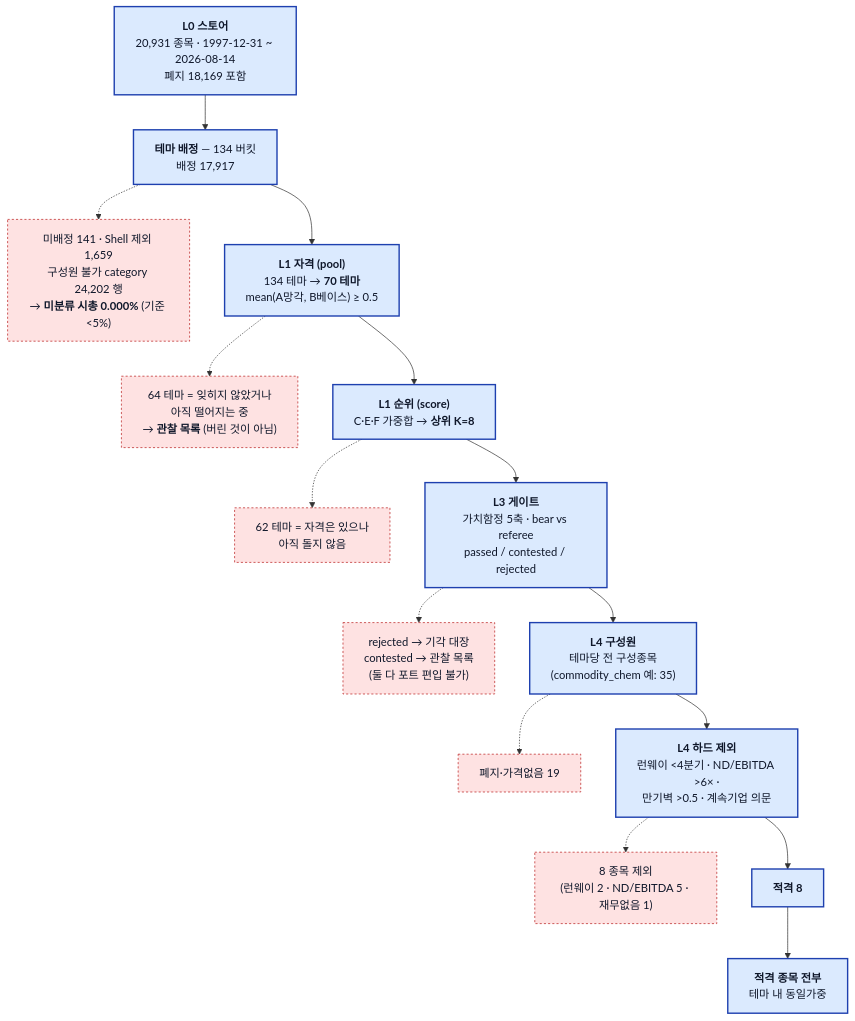
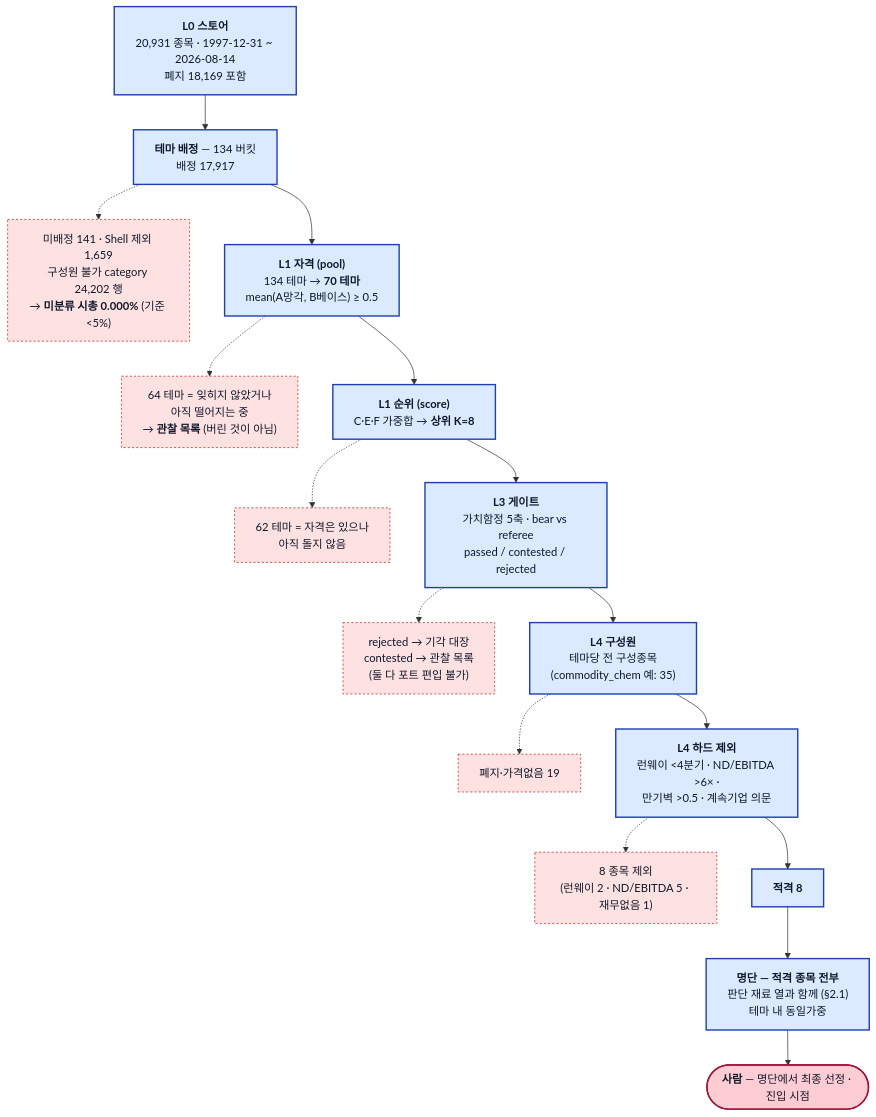
Before and after one commit to younghwan91/macro-sector-agent: the second of 4 diagrams in README.md, drawn with Mermaid. The commit also changed other lines of this file and 3 other files, not shown here.

````diff
--- a/README.md
+++ b/README.md
@@ -71,31 +111,34 @@
 ```mermaid
 flowchart TD
     A["<b>L0 스토어</b><br/>20,931 종목 · 1997-12-31 ~ 2026-08-14<br/>폐지 18,169 포함"]
     B["<b>테마 배정</b> — 134 버킷<br/>배정 17,917"]
     B1["미배정 141 · Shell 제외 1,659<br/>구성원 불가 category 24,202 행<br/>→ <b>미분류 시총 0.000%</b> (기준 &lt;5%)"]
     C["<b>L1 자격 (pool)</b><br/>134 테마 → <b>70 테마</b><br/>mean(A망각, B베이스) ≥ 0.5"]
     C1["64 테마 = 잊히지 않았거나<br/>아직 떨어지는 중<br/>→ <b>관찰 목록</b> (버린 것이 아님)"]
     D["<b>L1 순위 (score)</b><br/>C·E·F 가중합 → <b>상위 K=8</b>"]
     D1["62 테마 = 자격은 있으나<br/>아직 돌지 않음"]
     E["<b>L3 게이트</b><br/>가치함정 5축 · bear vs referee<br/>passed / contested / rejected"]
     E1["rejected → 기각 대장<br/>contested → 관찰 목록<br/>(둘 다 포트 편입 불가)"]
     F["<b>L4 구성원</b><br/>테마당 전 구성종목<br/>(commodity_chem 예: 35)"]
     F1["폐지·가격없음 19"]
     G["<b>L4 하드 제외</b><br/>런웨이 &lt;4분기 · ND/EBITDA &gt;6× ·<br/>만기벽 &gt;0.5 · 계속기업 의문"]
     G1["8 종목 제외<br/>(런웨이 2 · ND/EBITDA 5 · 재무없음 1)"]
     H["<b>적격 8</b>"]
-    I["<b>적격 종목 전부</b><br/>테마 내 동일가중"]
+    I["<b>명단 — 적격 종목 전부</b><br/>판단 재료 열과 함께 (§2.1)<br/>테마 내 동일가중"]
+    J(["<b>사람</b> — 명단에서 최종 선정 · 진입 시점"])
 
-    A --> B --> C --> D --> E --> F --> G --> H --> I
+    A --> B --> C --> D --> E --> F --> G --> H --> I --> J
     B -.-> B1
     C -.-> C1
     D -.-> D1
     E -.-> E1
     F -.-> F1
     G -.-> G1
 
     classDef keep fill:#dbeafe,stroke:#1e40af,stroke-width:2px,color:#0f172a
     classDef drop fill:#fee2e2,stroke:#b91c1c,stroke-dasharray:3 3,color:#0f172a
+    classDef human fill:#fecdd3,stroke:#9f1239,stroke-width:2px,color:#0f172a
     class A,B,C,D,E,F,G,H,I keep
     class B1,C1,D1,E1,F1,G1 drop
+    class J human
 ```
````
